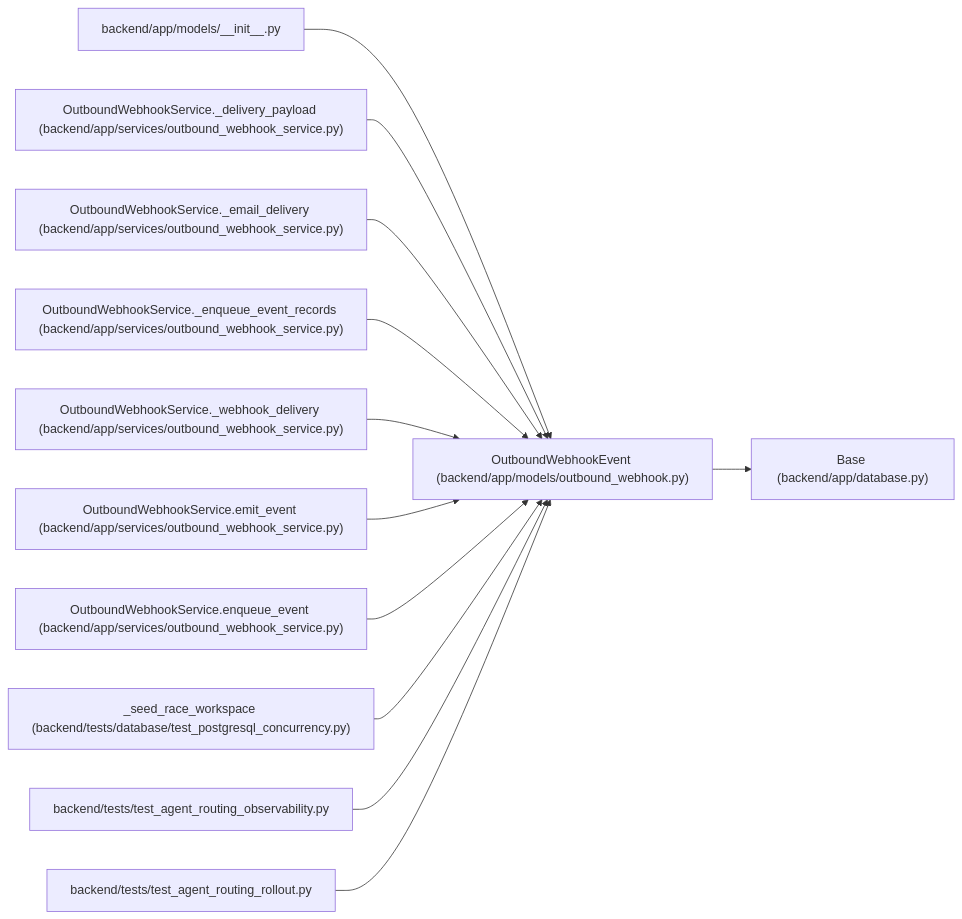
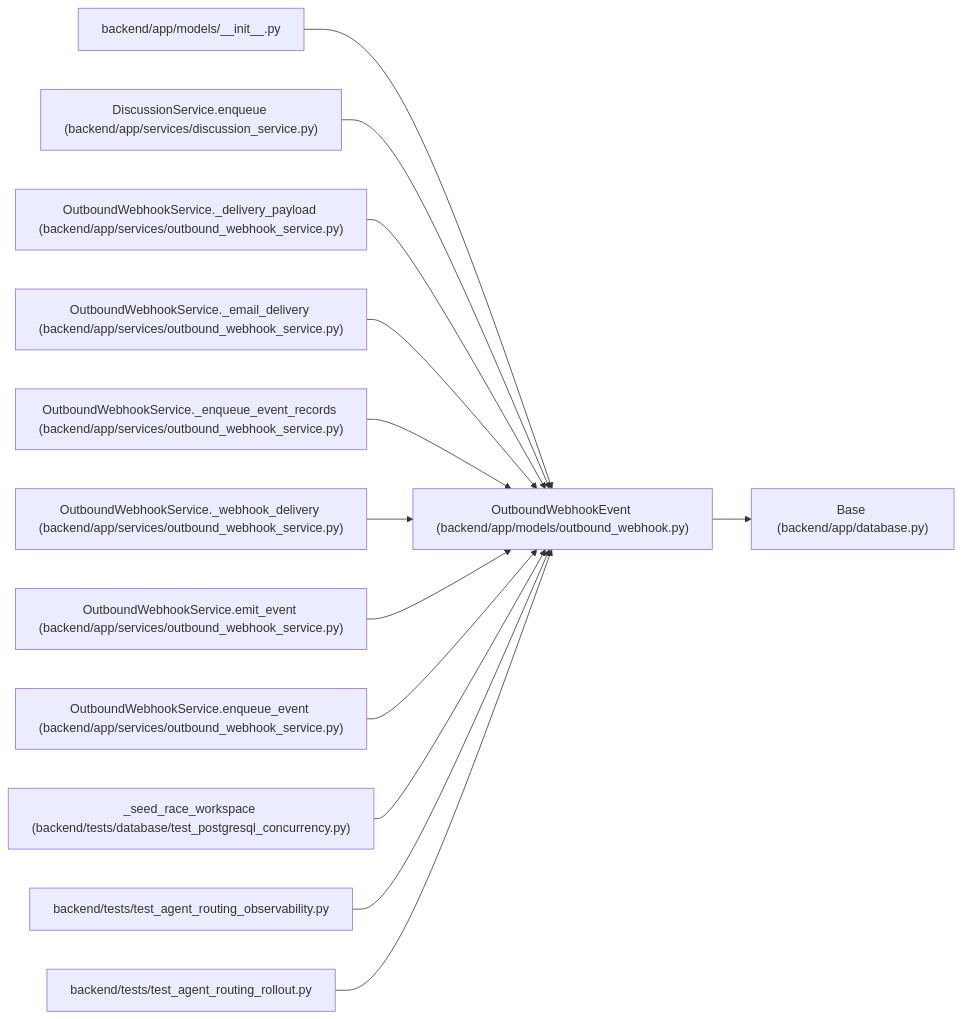
Before and after one commit to Denissvgn/WorkChord: the diagram in docs/llm_wiki/entities/models_outbound_webhook_OutboundWebhookEvent.md, drawn with Mermaid. The commit also changed other lines of this file and 1888 other files, not shown here.

````diff
--- a/docs/llm_wiki/entities/models_outbound_webhook_OutboundWebhookEvent.md
+++ b/docs/llm_wiki/entities/models_outbound_webhook_OutboundWebhookEvent.md
@@ -32,38 +32,41 @@
 ```mermaid
 flowchart LR
     n0["OutboundWebhookEvent (backend/app/models/outbound_webhook.py)"]
     n1["Base (backend/app/database.py)"]
     n2["backend/app/models/__init__.py"]
-    n3["OutboundWebhookService._delivery_payload (backend/app/services/outbound_webhook_service.py)"]
-    n4["OutboundWebhookService._email_delivery (backend/app/services/outbound_webhook_service.py)"]
-    n5["OutboundWebhookService._enqueue_event_records (backend/app/services/outbound_webhook_service.py)"]
-    n6["OutboundWebhookService._webhook_delivery (backend/app/services/outbound_webhook_service.py)"]
-    n7["OutboundWebhookService.emit_event (backend/app/services/outbound_webhook_service.py)"]
-    n8["OutboundWebhookService.enqueue_event (backend/app/services/outbound_webhook_service.py)"]
-    n9["_seed_race_workspace (backend/tests/database/test_postgresql_concurrency.py)"]
-    n10["backend/tests/test_agent_routing_observability.py"]
-    n11["backend/tests/test_agent_routing_rollout.py"]
+    n3["DiscussionService.enqueue (backend/app/services/discussion_service.py)"]
+    n4["OutboundWebhookService._delivery_payload (backend/app/services/outbound_webhook_service.py)"]
+    n5["OutboundWebhookService._email_delivery (backend/app/services/outbound_webhook_service.py)"]
+    n6["OutboundWebhookService._enqueue_event_records (backend/app/services/outbound_webhook_service.py)"]
+    n7["OutboundWebhookService._webhook_delivery (backend/app/services/outbound_webhook_service.py)"]
+    n8["OutboundWebhookService.emit_event (backend/app/services/outbound_webhook_service.py)"]
+    n9["OutboundWebhookService.enqueue_event (backend/app/services/outbound_webhook_service.py)"]
+    n10["_seed_race_workspace (backend/tests/database/test_postgresql_concurrency.py)"]
+    n11["backend/tests/test_agent_routing_observability.py"]
+    n12["backend/tests/test_agent_routing_rollout.py"]
     n0 --> n1
     n2 --> n0
     n3 --> n0
     n4 --> n0
     n5 --> n0
     n6 --> n0
     n7 --> n0
     n8 --> n0
     n9 --> n0
     n10 --> n0
     n11 --> n0
+    n12 --> n0
     click n0 "../modules/models_outbound_webhook.md"
     click n1 "../modules/app_database.md"
     click n2 "../modules/models___init__.md"
-    click n3 "../modules/outbound_webhook_service.md"
+    click n3 "../modules/discussion_service.md"
     click n4 "../modules/outbound_webhook_service.md"
     click n5 "../modules/outbound_webhook_service.md"
     click n6 "../modules/outbound_webhook_service.md"
     click n7 "../modules/outbound_webhook_service.md"
     click n8 "../modules/outbound_webhook_service.md"
-    click n9 "../modules/test_postgresql_concurrency.md"
-    click n10 "../modules/test_agent_routing_observability.md"
-    click n11 "../modules/test_agent_routing_rollout.md"
+    click n9 "../modules/outbound_webhook_service.md"
+    click n10 "../modules/test_postgresql_concurrency.md"
+    click n11 "../modules/test_agent_routing_observability.md"
+    click n12 "../modules/test_agent_routing_rollout.md"
 ```
````
